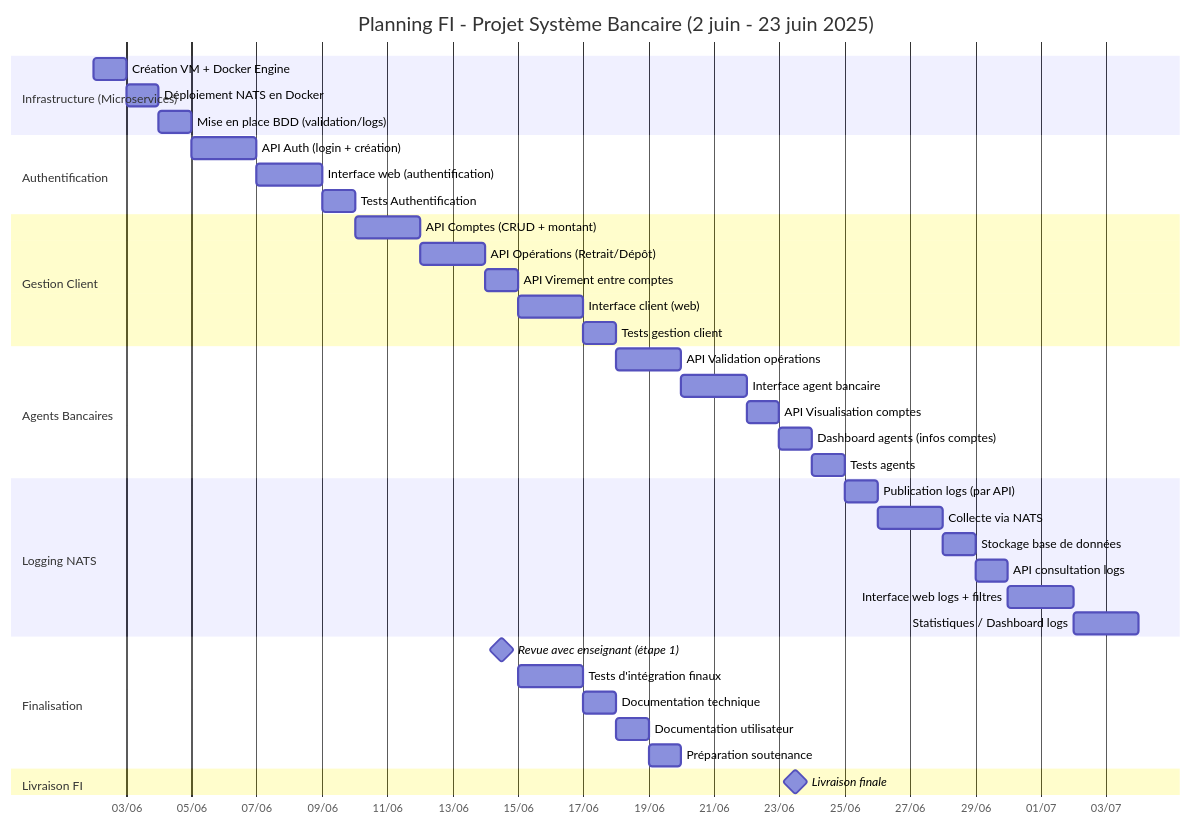
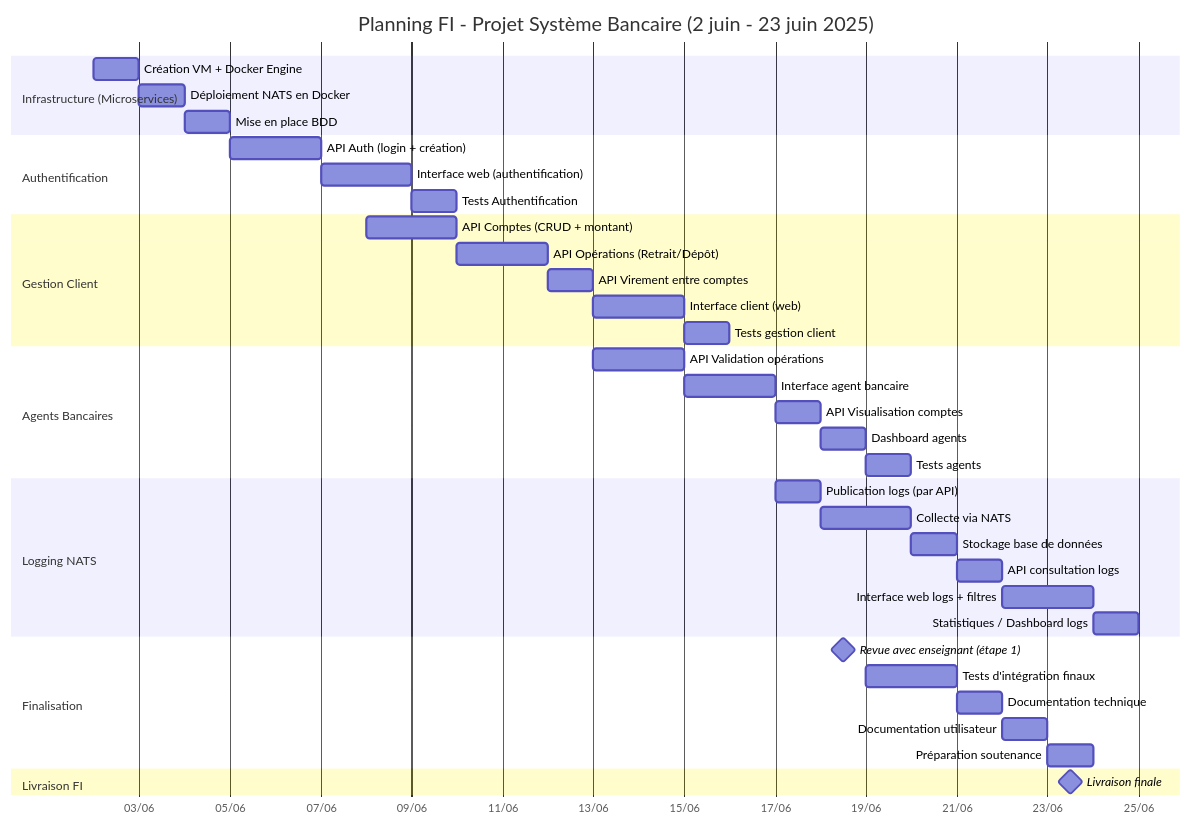
The diagram in README.md (LOIC-only-one/sae_bank_leading), drawn with Mermaid before and after one commit.

````diff
--- a/README.md
+++ b/README.md
@@ -1,48 +1,48 @@
 ```mermaid
 gantt
     title Planning FI - Projet Système Bancaire (2 juin - 23 juin 2025)
     dateFormat  YYYY-MM-DD
     axisFormat  %d/%m
 
     section Infrastructure (Microservices)
     Création VM + Docker Engine     :vm-setup, 2025-06-02, 1d
     Déploiement NATS en Docker      :nats-docker, after vm-setup, 1d
-    Mise en place BDD (validation/logs) :db-setup, after nats-docker, 1d
+    Mise en place BDD               :db-setup, after nats-docker, 1d
 
     section Authentification
     API Auth (login + création)     :auth-api, after db-setup, 2d
     Interface web (authentification):auth-ui, after auth-api, 2d
     Tests Authentification          :auth-test, after auth-ui, 1d
 
     section Gestion Client
-    API Comptes (CRUD + montant)    :client-api, after auth-test, 2d
+    API Comptes (CRUD + montant)    :client-api, 2025-06-08, 2d
     API Opérations (Retrait/Dépôt)  :ops-api, after client-api, 2d
     API Virement entre comptes      :virement-api, after ops-api, 1d
     Interface client (web)          :client-ui, after virement-api, 2d
     Tests gestion client            :client-test, after client-ui, 1d
 
     section Agents Bancaires
-    API Validation opérations       :agent-api, after client-test, 2d
+    API Validation opérations       :agent-api, 2025-06-13, 2d
     Interface agent bancaire        :agent-ui, after agent-api, 2d
     API Visualisation comptes       :view-api, after agent-ui, 1d
-    Dashboard agents (infos comptes):dashboard-agent, after view-api, 1d
+    Dashboard agents                :dashboard-agent, after view-api, 1d
     Tests agents                    :agent-test, after dashboard-agent, 1d
 
     section Logging NATS
-    Publication logs (par API)      :log-publish, after agent-test, 1d
+    Publication logs (par API)      :log-publish, 2025-06-17, 1d
     Collecte via NATS               :log-collect, after log-publish, 2d
     Stockage base de données        :log-db, after log-collect, 1d
     API consultation logs           :log-api, after log-db, 1d
     Interface web logs + filtres    :log-ui, after log-api, 2d
-    Statistiques / Dashboard logs   :log-stats, after log-ui, 2d
+    Statistiques / Dashboard logs   :log-stats, after log-ui, 1d
 
     section Finalisation
-    Revue avec enseignant (étape 1) :milestone, checkpoint1, 2025-06-14, 1d
+    Revue avec enseignant (étape 1) :milestone, checkpoint1, 2025-06-18, 1d
     Tests d'intégration finaux      :integration, after checkpoint1, 2d
     Documentation technique         :doc-tech, after integration, 1d
     Documentation utilisateur       :doc-user, after doc-tech, 1d
     Préparation soutenance          :prep, after doc-user, 1d
 
     section Livraison FI
     Livraison finale                :milestone, delivery-fi, 2025-06-23, 1d
 ```
````
